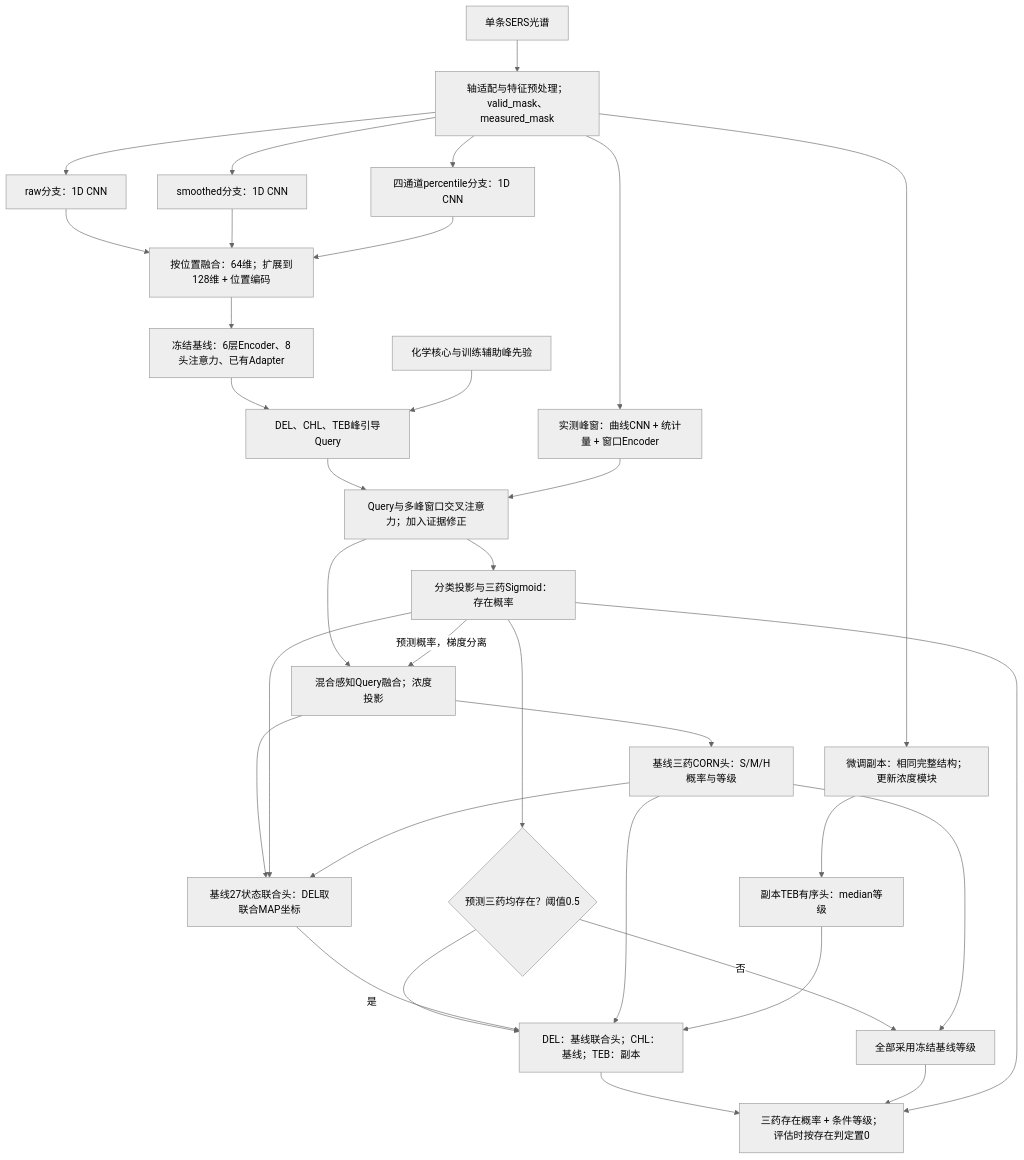
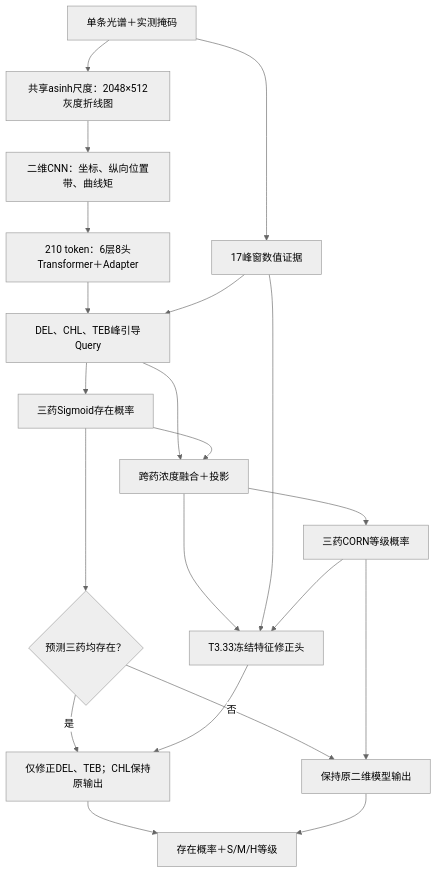
Before and after one commit to ZhengJoyeux/sers-diffusion-transformer: the second of 2 diagrams in README.md, drawn with Mermaid (neutral theme). The commit also changed other lines of this file and 80 other files, not shown here.

````diff
--- a/README.md
+++ b/README.md
@@ -144,35 +141,23 @@
 ```mermaid
 flowchart TD
-    X["单条SERS光谱"] --> PRE["轴适配与特征预处理；valid_mask、measured_mask"]
-    PRE --> RAW["raw分支：1D CNN"]
-    PRE --> SMOOTH["smoothed分支：1D CNN"]
-    PRE --> PCT["四通道percentile分支：1D CNN"]
-    RAW --> FUSE["按位置融合：64维；扩展到128维 + 位置编码"]
-    SMOOTH --> FUSE
-    PCT --> FUSE
-    FUSE --> ENC["冻结基线：6层Encoder、8头注意力、已有Adapter"]
+    X["单条光谱＋实测掩码"] --> DRAW["共享asinh尺度：2048×512灰度折线图"]
+    DRAW --> CNN["二维CNN：坐标、纵向位置带、曲线矩"]
+    CNN --> ENC["210 token：6层8头Transformer＋Adapter"]
     ENC --> QUERY["DEL、CHL、TEB峰引导Query"]
-    CHEM["化学核心与训练辅助峰先验"] --> QUERY
-    PRE --> PEAK["实测峰窗：曲线CNN + 统计量 + 窗口Encoder"]
-    QUERY --> EVID["Query与多峰窗口交叉注意力；加入证据修正"]
-    PEAK --> EVID
-    EVID --> CP["分类投影与三药Sigmoid：存在概率"]
-    EVID --> MIX["混合感知Query融合；浓度投影"]
-    CP -->|"预测概率，梯度分离"| MIX
-    MIX --> CORN["基线三药CORN头：S/M/H概率与等级"]
-    MIX --> JOINT["基线27状态联合头：DEL取联合MAP坐标"]
-    CP --> JOINT
-    CORN --> JOINT
-    PRE --> STUDENT["微调副本：相同完整结构；更新浓度模块"]
-    STUDENT --> TEB["副本TEB有序头：median等级"]
-    CP --> ROUTE{"预测三药均存在？阈值0.5"}
-    ROUTE -->|"是"| THREE["DEL：基线联合头；CHL：基线；TEB：副本"]
-    JOINT --> THREE
-    CORN --> THREE
-    TEB --> THREE
-    ROUTE -->|"否"| BASE["全部采用冻结基线等级"]
+    X --> NUM["17峰窗数值证据"]
+    NUM --> QUERY
+    QUERY --> CP["三药Sigmoid存在概率"]
+    QUERY --> FUSE["跨药浓度融合＋投影"]
+    CP --> FUSE
+    FUSE --> CORN["三药CORN等级概率"]
+    CP --> ROUTE{"预测三药均存在？"}
+    FUSE --> FIX["T3.33冻结特征修正头"]
+    NUM --> FIX
+    CORN --> FIX
+    ROUTE -->|"是"| UPDATED["仅修正DEL、TEB；CHL保持原输出"]
+    FIX --> UPDATED
+    ROUTE -->|"否"| BASE["保持原二维模型输出"]
     CORN --> BASE
-    THREE --> OUT["三药存在概率 + 条件等级；评估时按存在判定置0"]
+    UPDATED --> OUT["存在概率＋S/M/H等级"]
     BASE --> OUT
-    CP --> OUT
 ```
````
